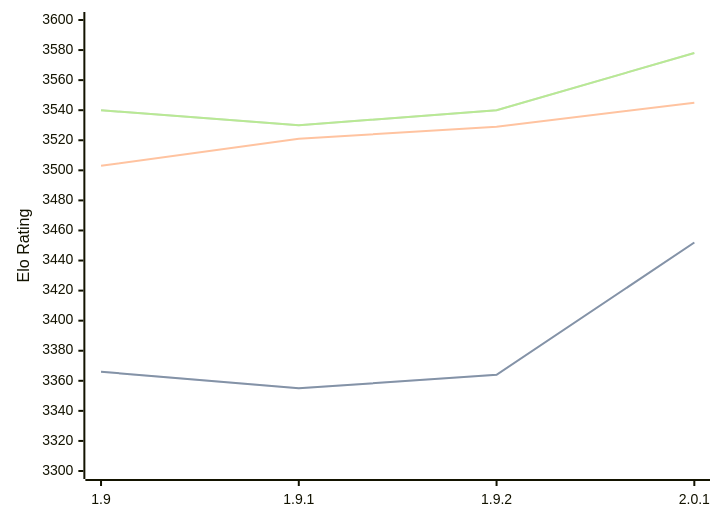
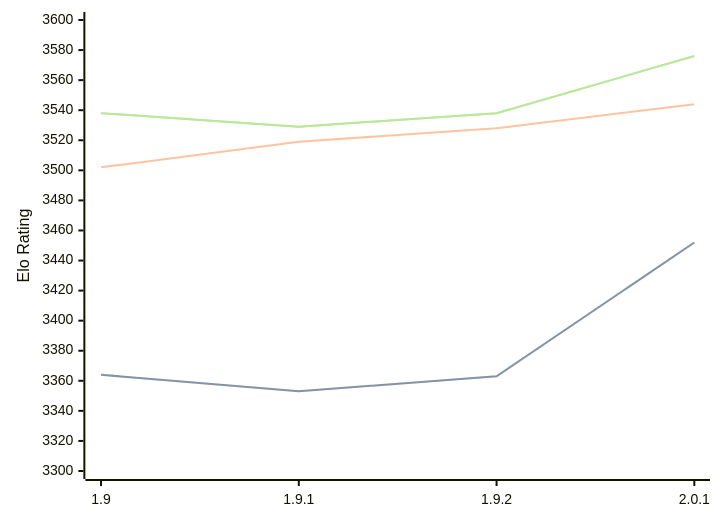
One commit to computer-chess-index/cci changed the diagram in engines/Pawnocchio.md. Above: the diagram before and after it, drawn with Mermaid. The commit also changed other lines of this file, not shown here.

Commit message:
Update CCI Ratings (ELO VLTC) - 2026-08-04

````diff
--- a/engines/Pawnocchio.md
+++ b/engines/Pawnocchio.md
@@ -50,11 +50,11 @@
 ```mermaid
 %%{init: {"theme":"base","themeVariables":{"seriesColors:['#a3a3a3','#222221','#faa371']}}}%%
 xychart-beta
   x-axis ["1.9", "1.9.1", "1.9.2", "2.0.1"]
   y-axis "Elo Rating" 3300 --> 3600
-  line "STC (8.0+0.08s)" [3366, 3355, 3364, 3452]
-  line "STC (8.0+0.08s)" [3366, 3355, 3364, 3452]
-  line "LTC (60.0+0.60s)" [3503, 3521, 3529, 3545]
-  line "VLTC (2m24s+1.12s)" [3540, 3530, 3540, 3578]
-  line "VLTC (2m24s+1.12s)" [3540, 3530, 3540, 3578]
+  line "STC (8.0+0.08s)" [3364, 3353, 3363, 3452]
+  line "STC (8.0+0.08s)" [3364, 3353, 3363, 3452]
+  line "LTC (60.0+0.60s)" [3502, 3519, 3528, 3544]
+  line "VLTC (2m24s+1.12s)" [3538, 3529, 3538, 3576]
+  line "VLTC (2m24s+1.12s)" [3538, 3529, 3538, 3576]
 ```
````
